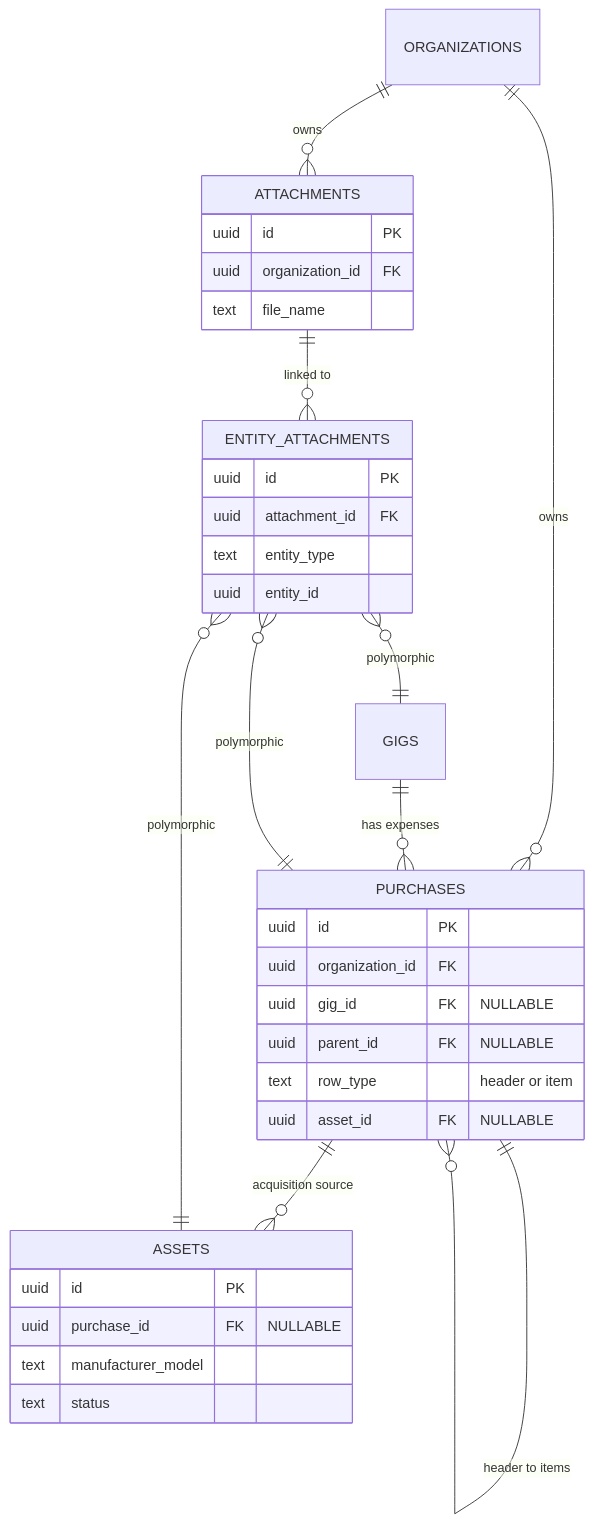
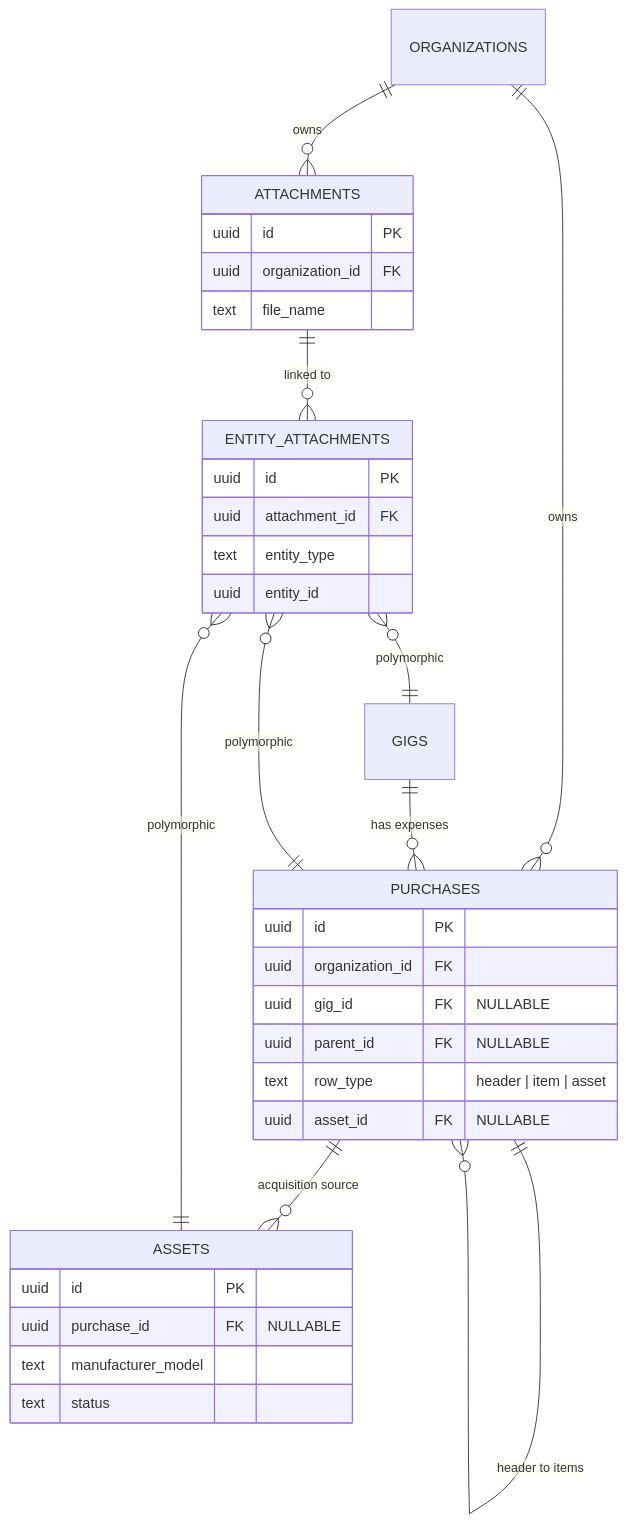
The fifth of 7 diagrams in docs/technical/database.md (corourke/GigManager), drawn with Mermaid before and after one commit. The commit also changed other lines of this file and 3 other files, not shown here.

First line of the commit message:
docs: correct financial/attachment schema drift

````diff
--- a/docs/technical/database.md
+++ b/docs/technical/database.md
@@ -556,39 +567,39 @@
 ```mermaid
 erDiagram
     PURCHASES {
         uuid id PK
         uuid organization_id FK
         uuid gig_id FK "NULLABLE"
         uuid parent_id FK "NULLABLE"
-        text row_type "header or item"
+        text row_type "header | item | asset"
         uuid asset_id FK "NULLABLE"
     }
     ASSETS {
         uuid id PK
         uuid purchase_id FK "NULLABLE"
         text manufacturer_model
         text status
     }
     ATTACHMENTS {
         uuid id PK
         uuid organization_id FK
         text file_name
     }
     ENTITY_ATTACHMENTS {
         uuid id PK
         uuid attachment_id FK
         text entity_type
         uuid entity_id
     }
 
     ORGANIZATIONS ||--o{ PURCHASES : owns
     GIGS ||--o{ PURCHASES : "has expenses"
     PURCHASES ||--o{ PURCHASES : "header to items"
     PURCHASES ||--o{ ASSETS : "acquisition source"
 
     ORGANIZATIONS ||--o{ ATTACHMENTS : owns
     ATTACHMENTS ||--o{ ENTITY_ATTACHMENTS : "linked to"
     ENTITY_ATTACHMENTS }o--|| ASSETS : "polymorphic"
     ENTITY_ATTACHMENTS }o--|| PURCHASES : "polymorphic"
     ENTITY_ATTACHMENTS }o--|| GIGS : "polymorphic"
 ```
````
